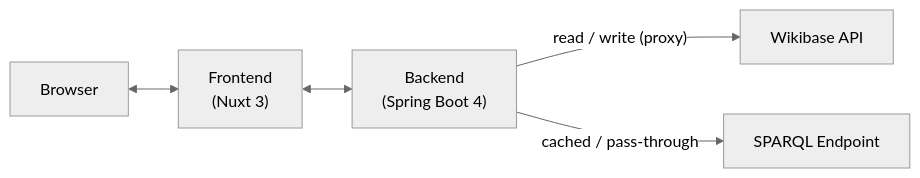
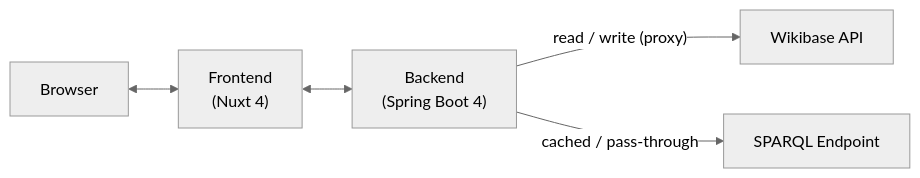
The first of 3 diagrams in docs/README.md (PhiloBiblon/philobiblon-ui), drawn with Mermaid (neutral theme) before and after one commit. The commit also changed other lines of this file and 7 other files, not shown here.

First line of the commit message:
build(frontend): upgrade Nuxt 3 to Nuxt 4 (#602)

````diff
--- a/docs/README.md
+++ b/docs/README.md
@@ -16,13 +16,13 @@
 ```mermaid
 flowchart LR
     Browser["Browser"]
-    Frontend["Frontend\n(Nuxt 3)"]
+    Frontend["Frontend\n(Nuxt 4)"]
     Backend["Backend\n(Spring Boot 4)"]
     Wikibase["Wikibase API"]
     SPARQL["SPARQL Endpoint"]
 
     Browser <--> Frontend
     Frontend <--> Backend
     Backend -- "read / write (proxy)" --> Wikibase
     Backend -- "cached / pass-through" --> SPARQL
 ```
````
